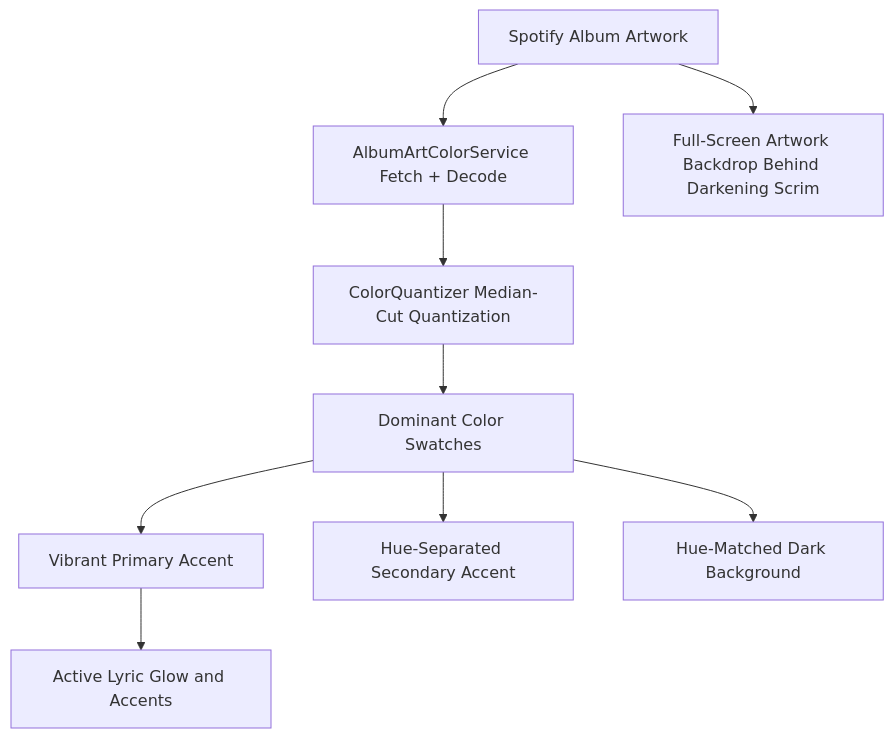
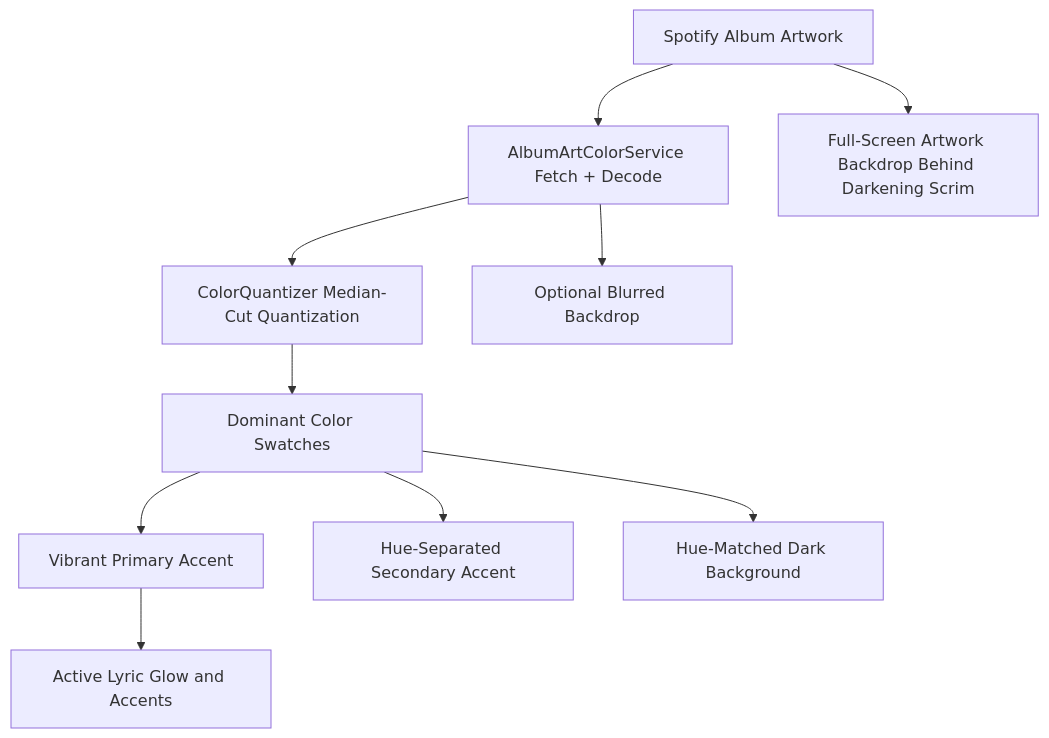
The first of 2 diagrams in docs/user-guide/theming.md (jav76/Cantus), drawn with Mermaid before and after one commit. The commit also changed other lines of this file and 2 other files, not shown here.

Commit message:
docs: per-effect post-processing options and background blur pipeline

````diff
--- a/docs/user-guide/theming.md
+++ b/docs/user-guide/theming.md
@@ -11,11 +11,12 @@
 ```mermaid
 flowchart TD
     Art[Spotify Album Artwork] --> Fetch[AlbumArtColorService Fetch + Decode]
     Fetch --> Quantize[ColorQuantizer Median-Cut Quantization]
     Quantize --> Swatches[Dominant Color Swatches]
     Swatches --> Primary[Vibrant Primary Accent]
     Swatches --> Secondary[Hue-Separated Secondary Accent]
     Swatches --> Background[Hue-Matched Dark Background]
     Primary --> ActiveLyric[Active Lyric Glow and Accents]
     Art --> Backdrop[Full-Screen Artwork Backdrop Behind Darkening Scrim]
+    Fetch --> Blur[Optional Blurred Backdrop]
 ```
````
